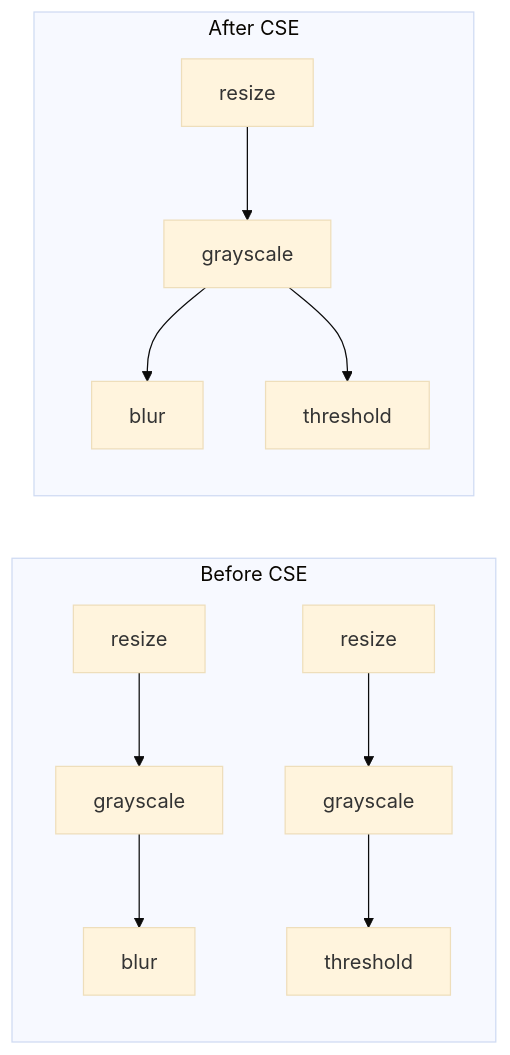
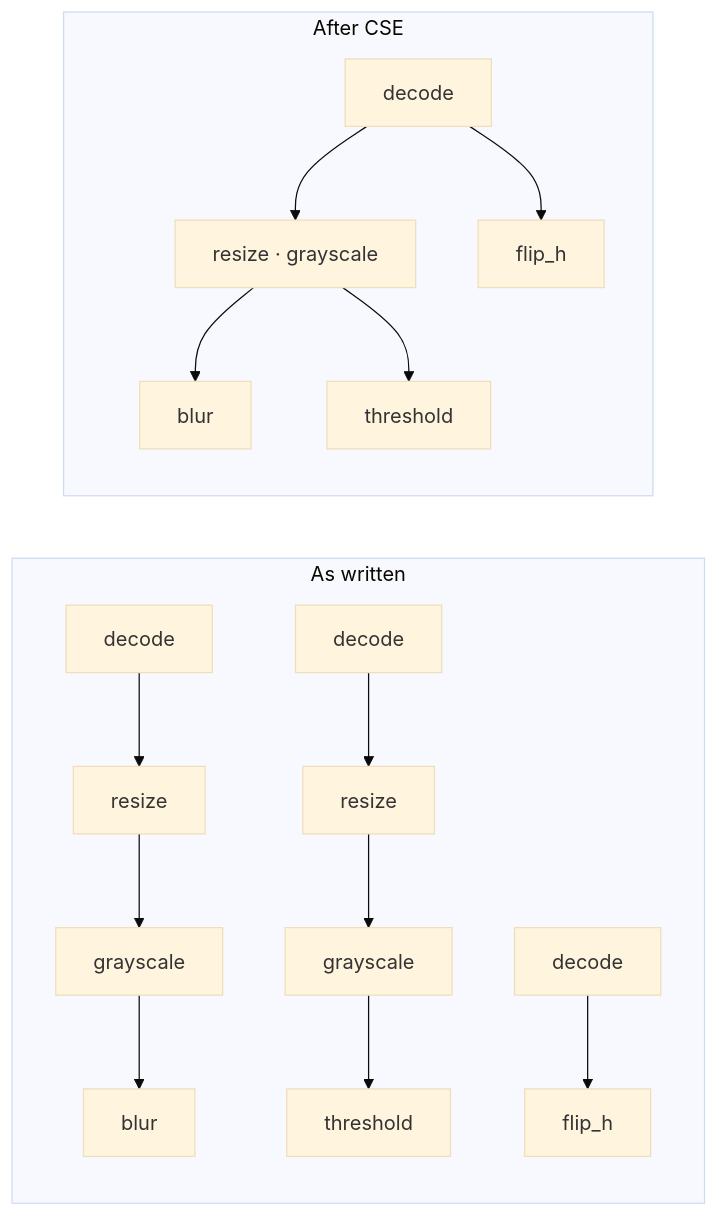
One commit to heshamdar/polars-cv changed the diagram in polars-cv/docs/user-guide/composition/multi-output.md. Above: the diagram before and after it, drawn with Mermaid (base theme). The commit also changed other lines of this file and 10 other files, not shown here.

````diff
--- a/polars-cv/docs/user-guide/composition/multi-output.md
+++ b/polars-cv/docs/user-guide/composition/multi-output.md
@@ -68,13 +74,15 @@
 ```mermaid
 flowchart LR
-    subgraph Before["Before CSE"]
-        A1[resize] --> B1[grayscale] --> C1[blur]
-        A2[resize] --> B2[grayscale] --> D1[threshold]
+    subgraph Before["As written"]
+        S1[decode] --> A1[resize] --> B1[grayscale] --> C1[blur]
+        S2[decode] --> A2[resize] --> B2[grayscale] --> D1[threshold]
+        S3[decode] --> F1[flip_h]
     end
 
     subgraph After["After CSE"]
-        A[resize] --> B[grayscale]
-        B --> C[blur]
-        B --> D[threshold]
+        S[decode] --> A[resize · grayscale]
+        A --> C[blur]
+        A --> D[threshold]
+        S --> F[flip_h]
     end
 ```
````
